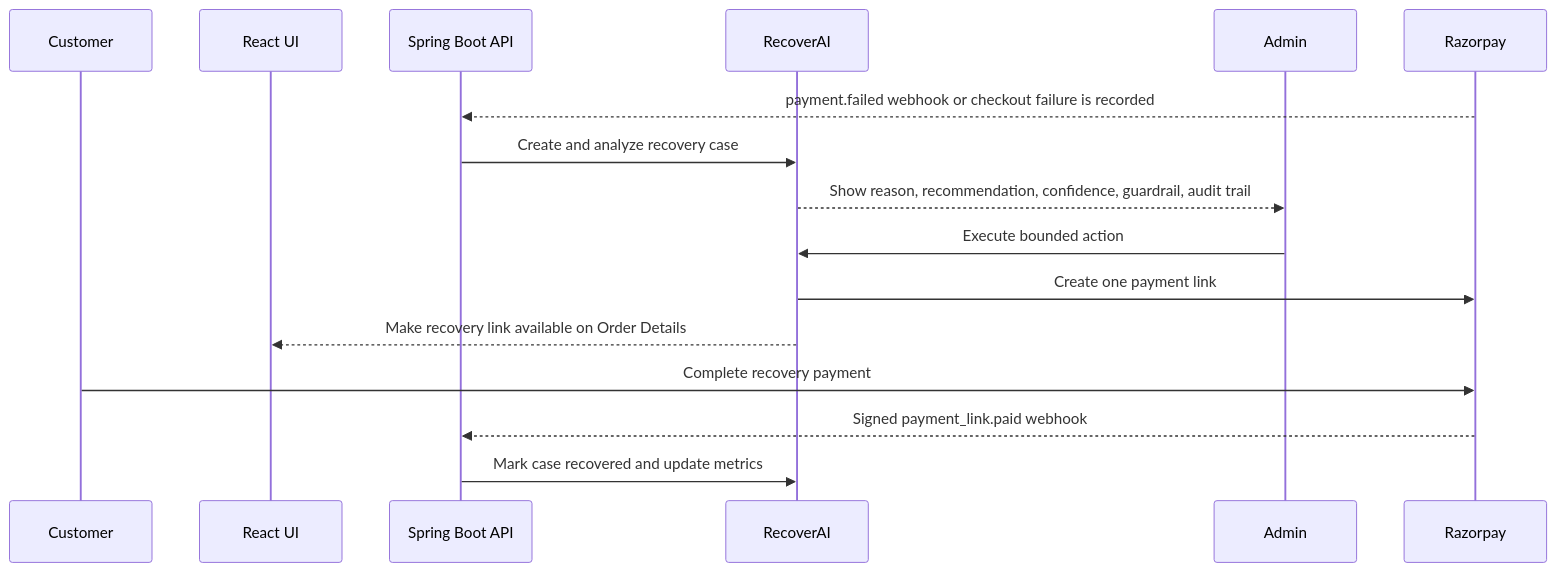
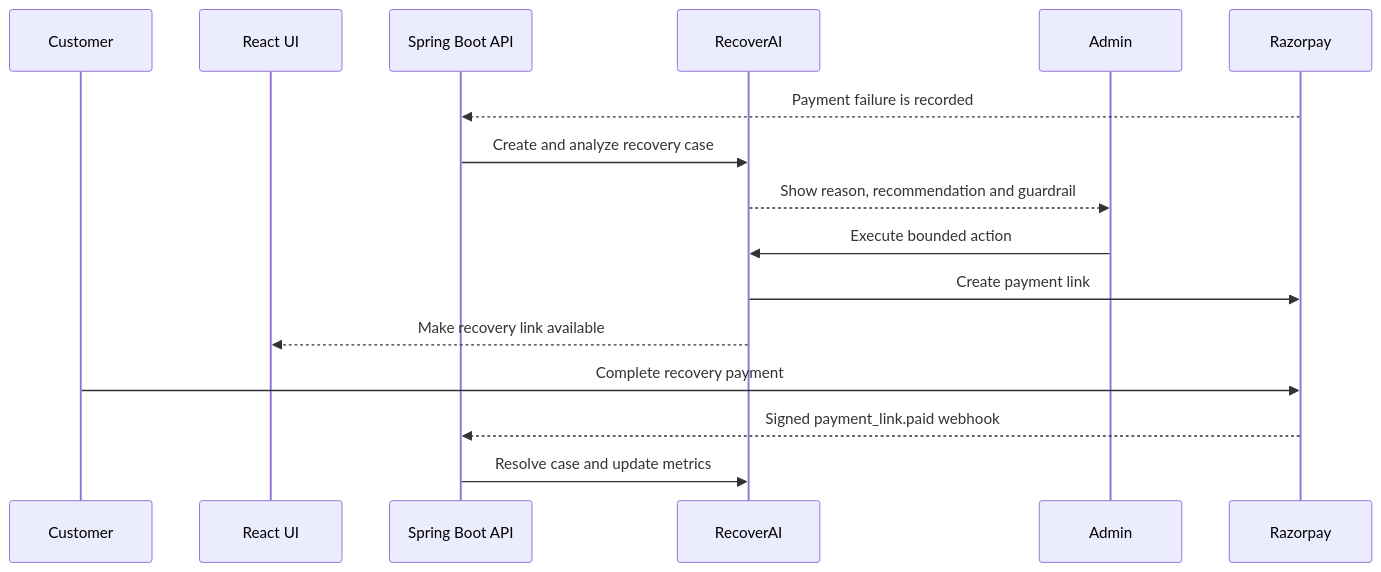
Before and after one commit to swatipathak770/nexcart: the third of 3 diagrams in README.md, drawn with Mermaid. The commit also changed other lines of this file and 103 other files, not shown here.

````diff
--- a/README.md
+++ b/README.md
@@ -108,19 +158,19 @@
 ```mermaid
 sequenceDiagram
     participant Customer
     participant UI as React UI
     participant API as Spring Boot API
     participant RecoverAI
     participant Admin
     participant Razorpay
 
-    Razorpay-->>API: payment.failed webhook or checkout failure is recorded
+    Razorpay-->>API: Payment failure is recorded
     API->>RecoverAI: Create and analyze recovery case
-    RecoverAI-->>Admin: Show reason, recommendation, confidence, guardrail, audit trail
+    RecoverAI-->>Admin: Show reason, recommendation and guardrail
     Admin->>RecoverAI: Execute bounded action
-    RecoverAI->>Razorpay: Create one payment link
-    RecoverAI-->>UI: Make recovery link available on Order Details
+    RecoverAI->>Razorpay: Create payment link
+    RecoverAI-->>UI: Make recovery link available
     Customer->>Razorpay: Complete recovery payment
     Razorpay-->>API: Signed payment_link.paid webhook
-    API->>RecoverAI: Mark case recovered and update metrics
+    API->>RecoverAI: Resolve case and update metrics
 ```
````
